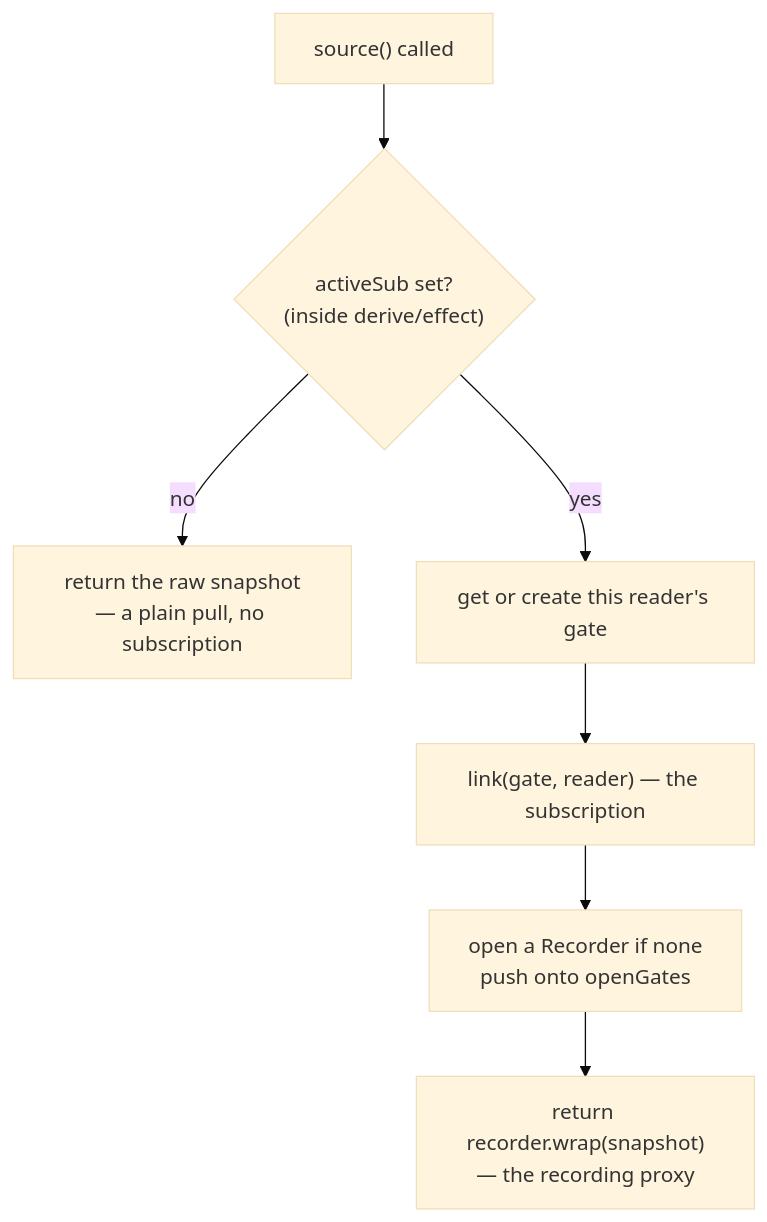
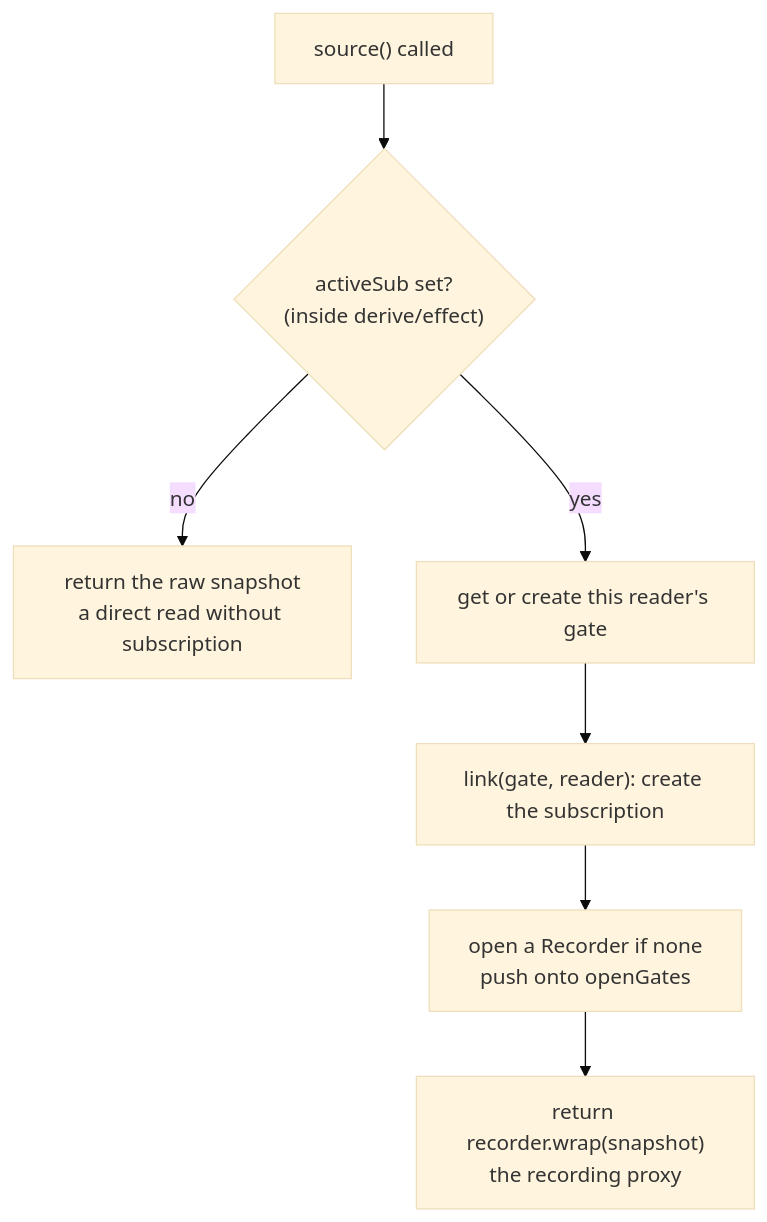
Before and after one commit to twfarland/nonchalant: the second of 4 diagrams in docs/internals/graph.md, drawn with Mermaid (base theme). The commit also changed other lines of this file and 23 other files, not shown here.

````diff
--- a/docs/internals/graph.md
+++ b/docs/internals/graph.md
@@ -59,9 +59,9 @@
 ```mermaid
 flowchart TD
     R["source() called"] --> A{"activeSub set?<br/>(inside derive/effect)"}
-    A -->|no| RAW["return the raw snapshot<br/>— a plain pull, no subscription"]
+    A -->|no| RAW["return the raw snapshot<br/>a direct read without subscription"]
     A -->|yes| G["get or create this reader's gate"]
-    G --> L["link(gate, reader) — the subscription"]
+    G --> L["link(gate, reader): create the subscription"]
     L --> REC["open a Recorder if none<br/>push onto openGates"]
-    REC --> P["return recorder.wrap(snapshot)<br/>— the recording proxy"]
+    REC --> P["return recorder.wrap(snapshot)<br/>the recording proxy"]
 ```
````
